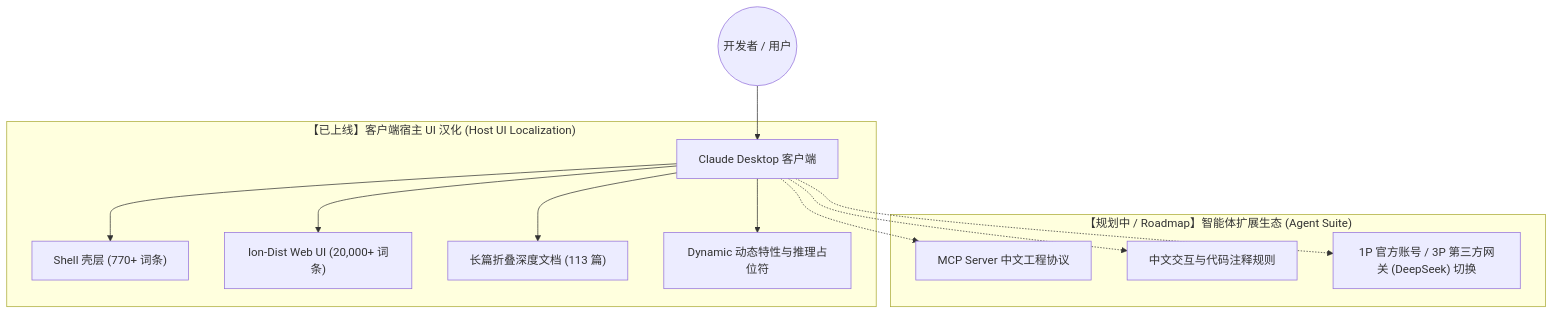
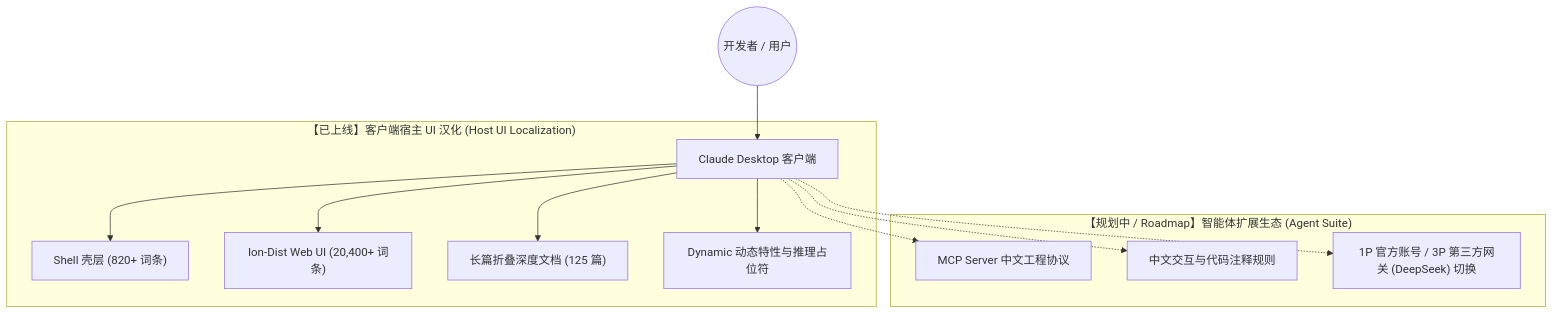
The first of 2 diagrams in README.md (yiheng8023/claude-chinese), drawn with Mermaid before and after one commit. The commit also changed other lines of this file and 1 other file, not shown here.

Commit message:
docs: synchronize README metrics to v1.2.66 (125 long docs and 21,200+ entries)

````diff
--- a/README.md
+++ b/README.md
@@ -40,17 +40,17 @@
 ```mermaid
 graph TD
     User((开发者 / 用户)) --> ClaudeApp[Claude Desktop 客户端]
     
     subgraph Mode1 ["【已上线】客户端宿主 UI 汉化 (Host UI Localization)"]
-        ClaudeApp --> ShellLayer["Shell 壳层 (770+ 词条)"]
-        ClaudeApp --> WebUILayer["Ion-Dist Web UI (20,000+ 词条)"]
-        ClaudeApp --> LongDocsLayer["长篇折叠深度文档 (113 篇)"]
+        ClaudeApp --> ShellLayer["Shell 壳层 (820+ 词条)"]
+        ClaudeApp --> WebUILayer["Ion-Dist Web UI (20,400+ 词条)"]
+        ClaudeApp --> LongDocsLayer["长篇折叠深度文档 (125 篇)"]
         ClaudeApp --> DynamicLayer["Dynamic 动态特性与推理占位符"]
     end
     
     subgraph Mode2 ["【规划中 / Roadmap】智能体扩展生态 (Agent Suite)"]
         ClaudeApp -.-> MCP["MCP Server 中文工程协议"]
         ClaudeApp -.-> Rules["中文交互与代码注释规则"]
         ClaudeApp -.-> Switcher["1P 官方账号 / 3P 第三方网关 (DeepSeek) 切换"]
     end
 ```
````
